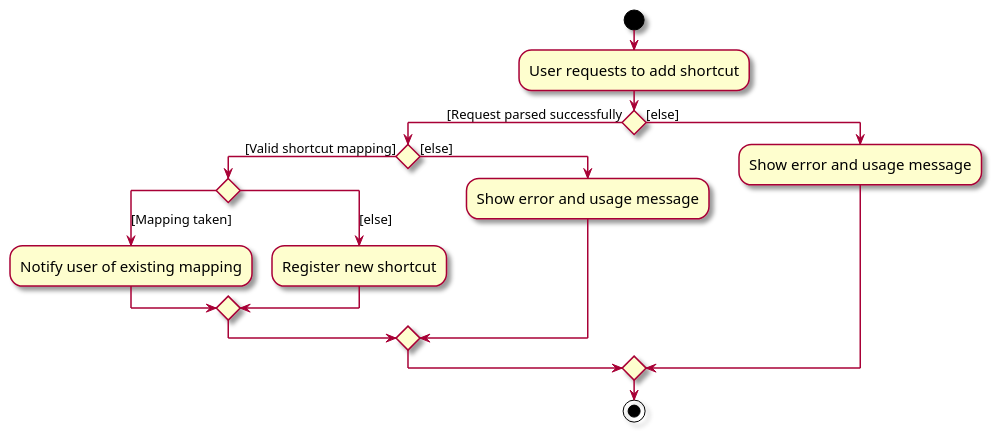
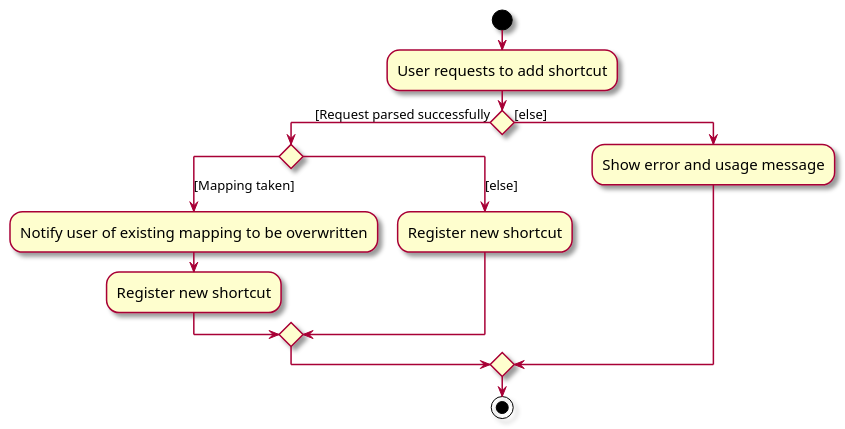
One commit to nus-cs2103-AY2324S1/tp changed the diagram in docs/diagrams/AddShortcutActivityDiagram.puml. Above: the diagram before and after it, drawn with PlantUML. The commit also changed 1 other file, not shown here.

Commit message:
Amend activity diagrams

```diff
--- a/docs/diagrams/AddShortcutActivityDiagram.puml
+++ b/docs/diagrams/AddShortcutActivityDiagram.puml
@@ -1,27 +1,24 @@
 @startuml
 skin rose
 skinparam ActivityFontSize 15
 skinparam ArrowFontSize 13
 start
 :User requests to add shortcut;
 
 'Since the beta syntax does not support placing the condition outside the
 'diamond we place it as the true branch instead.
 if () then ([Request parsed successfully)
-if () then ([Valid shortcut mapping])
     switch ()
     case ([Mapping taken])
-        :Notify user of existing mapping;
+        :Notify user of existing mapping to be overwritten;
+        :Register new shortcut;
     case ([else])
         :Register new shortcut;
     endswitch
 else ([else])
     :Show error and usage message;
 endif
-else ([else])
-:Show error and usage message;
-endif
 
 
 stop
 @enduml
```
